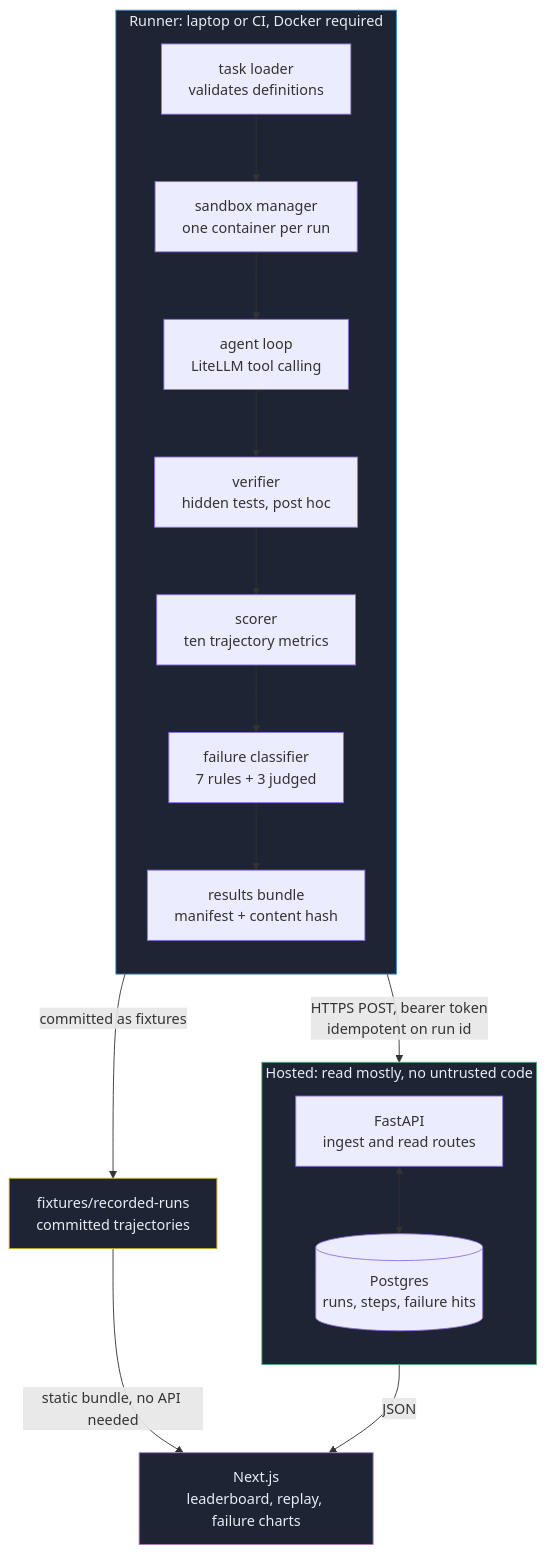
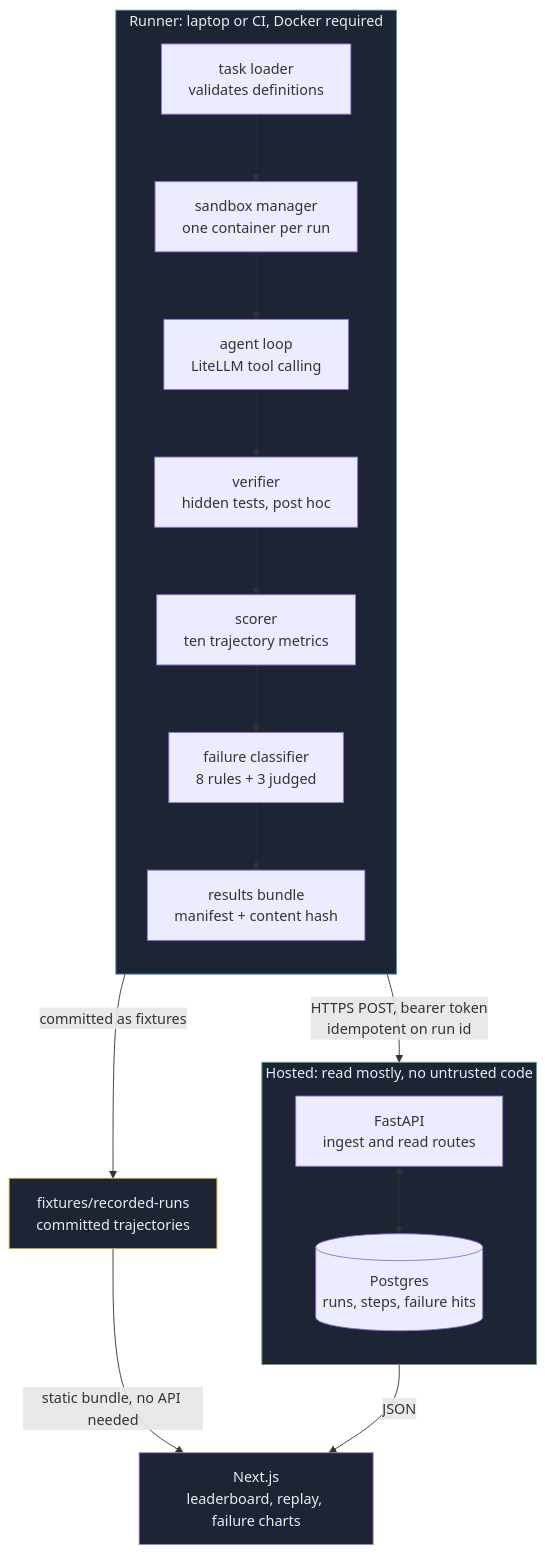
One commit to mekala27-45/trajectory changed the diagram in ARCHITECTURE.md. Above: the diagram before and after it, drawn with Mermaid. The commit also changed other lines of this file and 10 other files, not shown here.

````diff
--- a/ARCHITECTURE.md
+++ b/ARCHITECTURE.md
@@ -71,34 +71,34 @@
 ```mermaid
 flowchart TB
     subgraph runner["Runner: laptop or CI, Docker required"]
         direction TB
         L["task loader<br/>validates definitions"]
         S["sandbox manager<br/>one container per run"]
         A["agent loop<br/>LiteLLM tool calling"]
         V["verifier<br/>hidden tests, post hoc"]
         SC["scorer<br/>ten trajectory metrics"]
-        FC["failure classifier<br/>7 rules + 3 judged"]
+        FC["failure classifier<br/>8 rules + 3 judged"]
         B["results bundle<br/>manifest + content hash"]
         L --> S --> A --> V --> SC --> FC --> B
     end
 
     subgraph hosted["Hosted: read mostly, no untrusted code"]
         direction TB
         API["FastAPI<br/>ingest and read routes"]
         DB[("Postgres<br/>runs, steps, failure hits")]
         API <--> DB
     end
 
     WEB["Next.js<br/>leaderboard, replay, failure charts"]
     FIX["fixtures/recorded-runs<br/>committed trajectories"]
 
     B -- "HTTPS POST, bearer token<br/>idempotent on run id" --> API
     B -- "committed as fixtures" --> FIX
     API -- "JSON" --> WEB
     FIX -- "static bundle, no API needed" --> WEB
 
     style runner fill:#1d2433,stroke:#3f88c5,color:#e6edf3
     style hosted fill:#1d2433,stroke:#57a773,color:#e6edf3
     style WEB fill:#1d2433,stroke:#b07bc0,color:#e6edf3
     style FIX fill:#1d2433,stroke:#c9a227,color:#e6edf3
 ```
````
